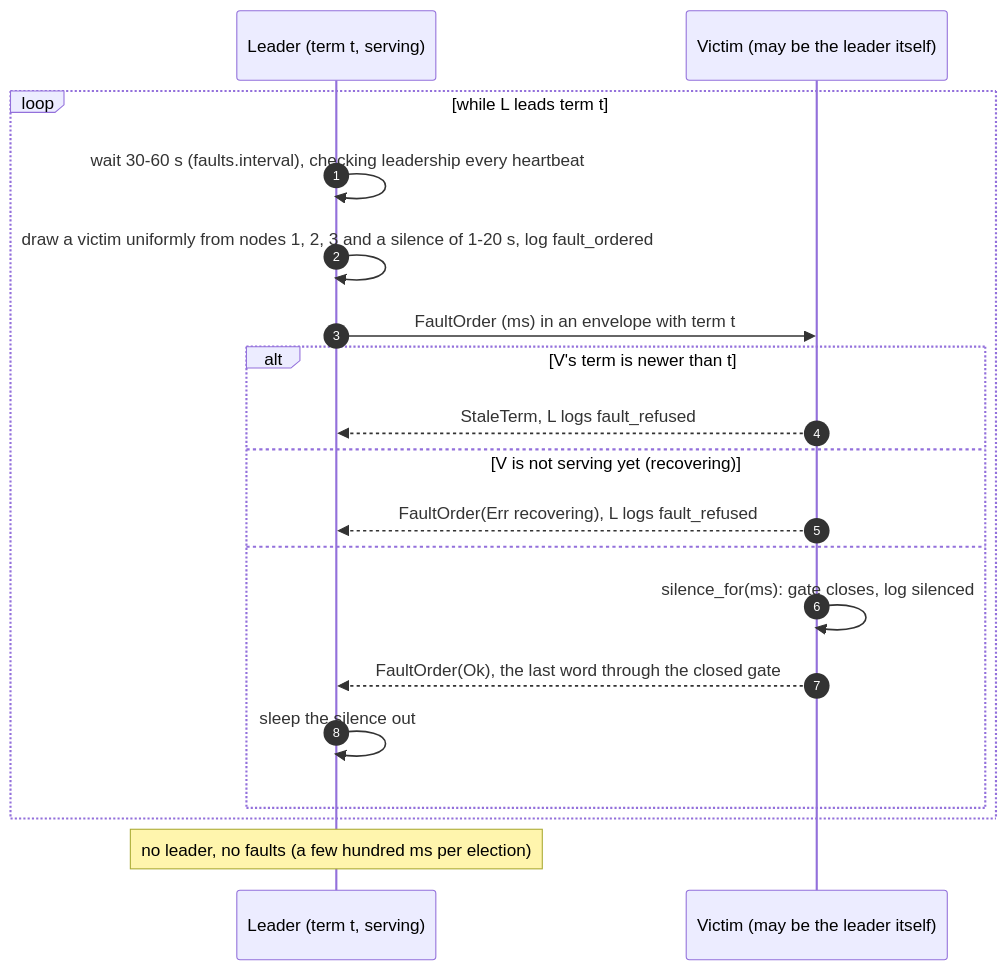
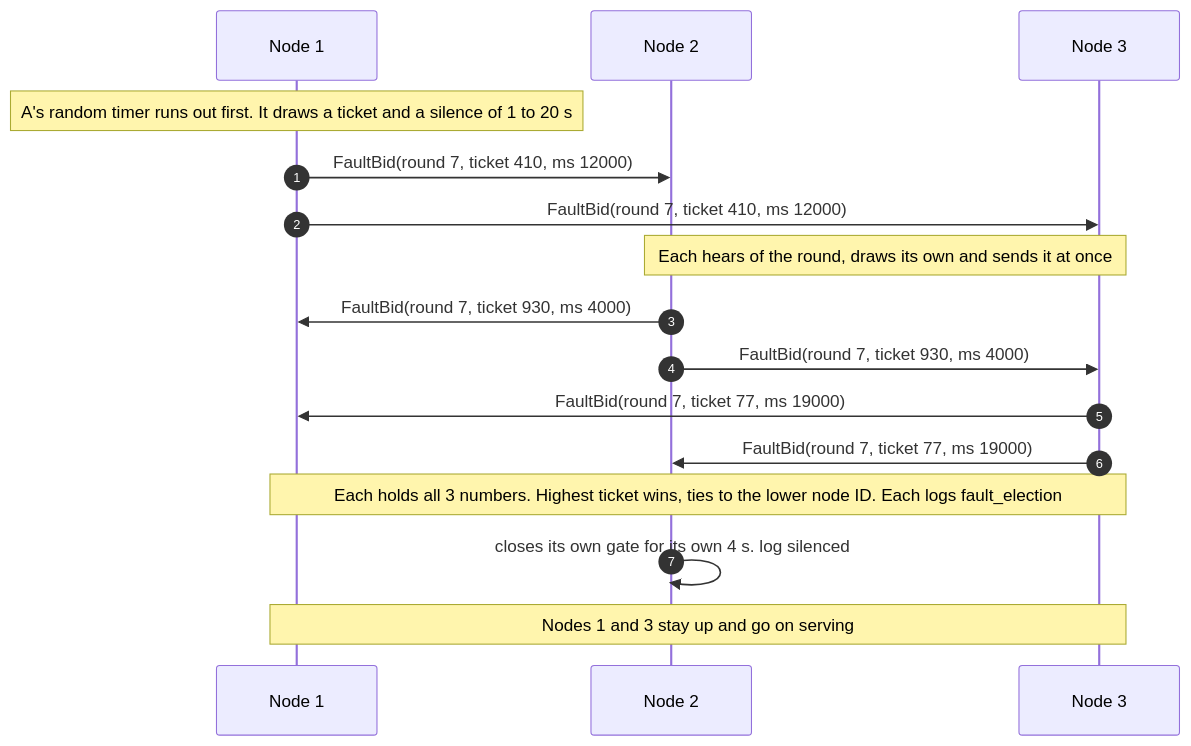
Diagram 22 of 43 in docs/architecture.md (noortaytoy1/DistributedSystems), drawn with Mermaid before and after one commit. The commit also changed other lines of this file and 6 other files, not shown here.

First line of the commit message:
Add the fault election and the proposal queue to the docs (D133, D158-D162)

````diff
--- a/docs/architecture.md
+++ b/docs/architecture.md
@@ -888,21 +890,18 @@
 ```mermaid
 sequenceDiagram
     autonumber
-    participant L as Leader (term t, serving)
-    participant V as Victim (may be the leader itself)
-    loop while L leads term t
-        L->>L: wait 30-60 s (faults.interval), checking leadership every heartbeat
-        L->>L: draw a victim uniformly from nodes 1, 2, 3 and a silence of 1-20 s, log fault_ordered
-        L->>V: FaultOrder (ms) in an envelope with term t
-        alt V's term is newer than t
-            V-->>L: StaleTerm, L logs fault_refused
-        else V is not serving yet (recovering)
-            V-->>L: FaultOrder(Err recovering), L logs fault_refused
-        else
-            V->>V: silence_for(ms): gate closes, log silenced
-            V-->>L: FaultOrder(Ok), the last word through the closed gate
-            L->>L: sleep the silence out
-        end
-    end
-    Note over L: no leader, no faults (a few hundred ms per election)
+    participant A as Node 1
+    participant B as Node 2
+    participant C as Node 3
+    Note over A: A's random timer runs out first. It draws a ticket and a silence of 1 to 20 s
+    A->>B: FaultBid(round 7, ticket 410, ms 12000)
+    A->>C: FaultBid(round 7, ticket 410, ms 12000)
+    Note over B,C: Each hears of the round, draws its own and sends it at once
+    B->>A: FaultBid(round 7, ticket 930, ms 4000)
+    B->>C: FaultBid(round 7, ticket 930, ms 4000)
+    C->>A: FaultBid(round 7, ticket 77, ms 19000)
+    C->>B: FaultBid(round 7, ticket 77, ms 19000)
+    Note over A,C: Each holds all 3 numbers. Highest ticket wins, ties to the lower node ID. Each logs fault_election
+    B->>B: closes its own gate for its own 4 s. log silenced
+    Note over A,C: Nodes 1 and 3 stay up and go on serving
 ```
````
